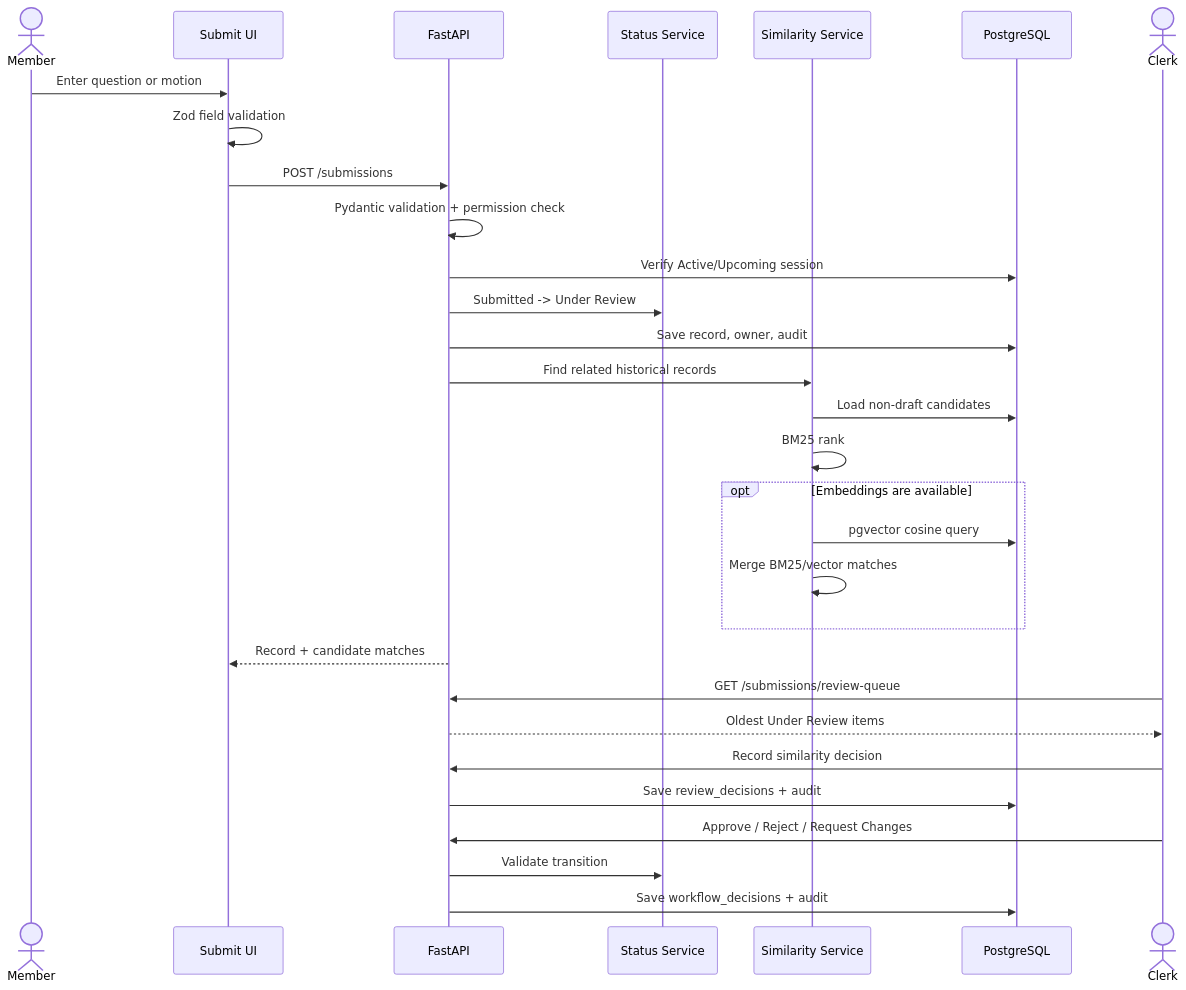
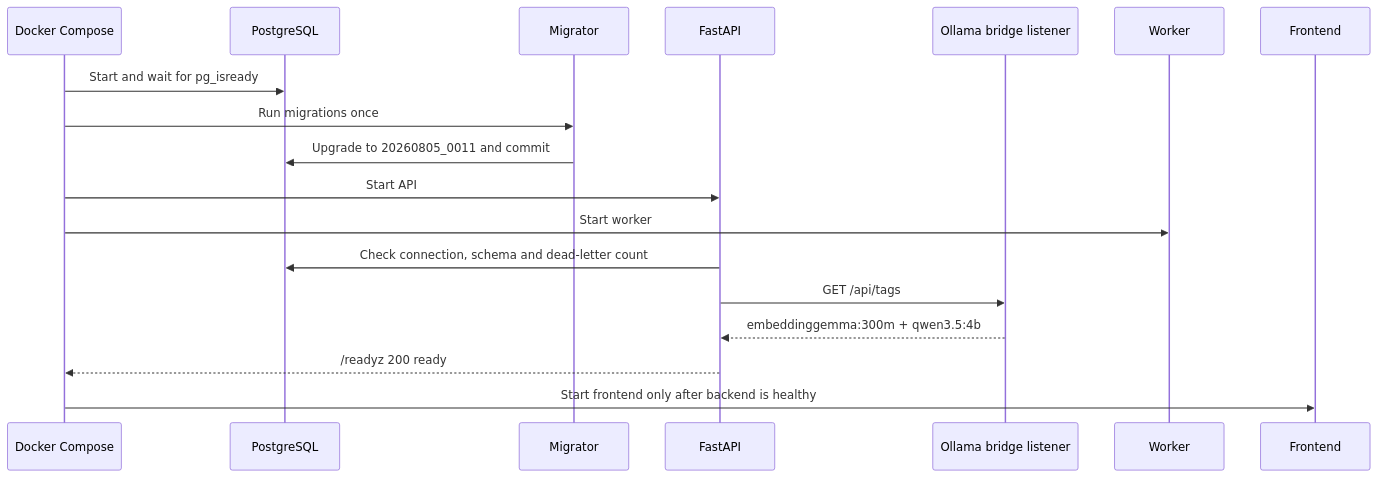
Before and after one commit to brucemainza/NAZ-ORDER-PAPERS-REPO: the seventh of 8 diagrams in docs/system-architecture.md, drawn with Mermaid. The commit also changed other lines of this file and 100 other files, not shown here.

````diff
--- a/docs/system-architecture.md
+++ b/docs/system-architecture.md
@@ -148,34 +335,21 @@
 ```mermaid
 sequenceDiagram
-    actor MP as Member
-    participant UI as Submit UI
-    participant API as FastAPI
-    participant SM as Status Service
-    participant SIM as Similarity Service
-    participant DB as PostgreSQL
-    actor C as Clerk
+    participant C as Docker Compose
+    participant P as PostgreSQL
+    participant M as Migrator
+    participant A as FastAPI
+    participant O as Ollama bridge listener
+    participant W as Worker
+    participant F as Frontend
 
-    MP->>UI: Enter question or motion
-    UI->>UI: Zod field validation
-    UI->>API: POST /submissions
-    API->>API: Pydantic validation + permission check
-    API->>DB: Verify Active/Upcoming session
-    API->>SM: Submitted -> Under Review
-    API->>DB: Save record, owner, audit
-    API->>SIM: Find related historical records
-    SIM->>DB: Load non-draft candidates
-    SIM->>SIM: BM25 rank
-    opt Embeddings are available
-        SIM->>DB: pgvector cosine query
-        SIM->>SIM: Merge BM25/vector matches
-    end
-    API-->>UI: Record + candidate matches
-
-    C->>API: GET /submissions/review-queue
-    API-->>C: Oldest Under Review items
-    C->>API: Record similarity decision
-    API->>DB: Save review_decisions + audit
-    C->>API: Approve / Reject / Request Changes
-    API->>SM: Validate transition
-    API->>DB: Save workflow_decisions + audit
+    C->>P: Start and wait for pg_isready
+    C->>M: Run migrations once
+    M->>P: Upgrade to 20260805_0011 and commit
+    C->>A: Start API
+    C->>W: Start worker
+    A->>P: Check connection, schema and dead-letter count
+    A->>O: GET /api/tags
+    O-->>A: embeddinggemma:300m + qwen3.5:4b
+    A-->>C: /readyz 200 ready
+    C->>F: Start frontend only after backend is healthy
 ```
````
